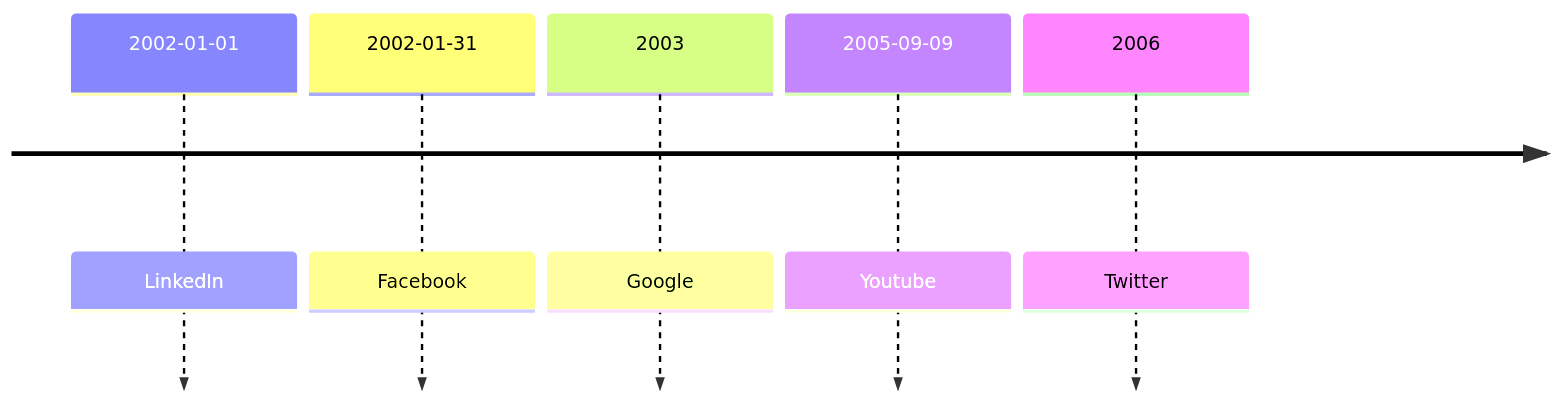
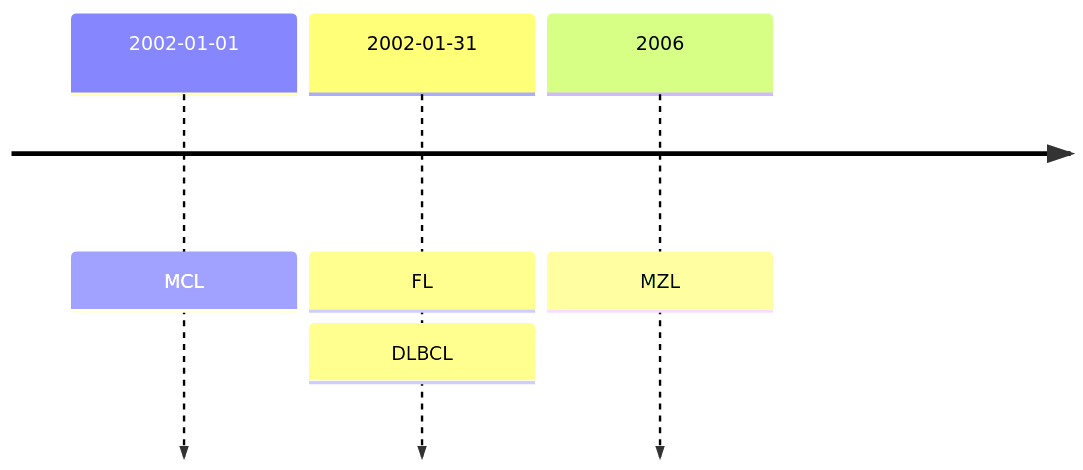
Before and after one commit to morinlab/lymphopedia: the diagram in ANKRD12.md, drawn with Mermaid.

Commit message:
Updated ANKRD12 (markdown)

````diff
--- a/ANKRD12.md
+++ b/ANKRD12.md
@@ -8,8 +8,6 @@
 ```mermaid
 timeline
-    2002-01-01 : LinkedIn
-    2002-01-31 : Facebook
-    2003 : Google
-    2005-09-09 : Youtube
-    2006 : Twitter
+    2002-01-01 : MCL
+    2002-01-31 : FL : DLBCL
+    2006 : MZL
 ```
````
